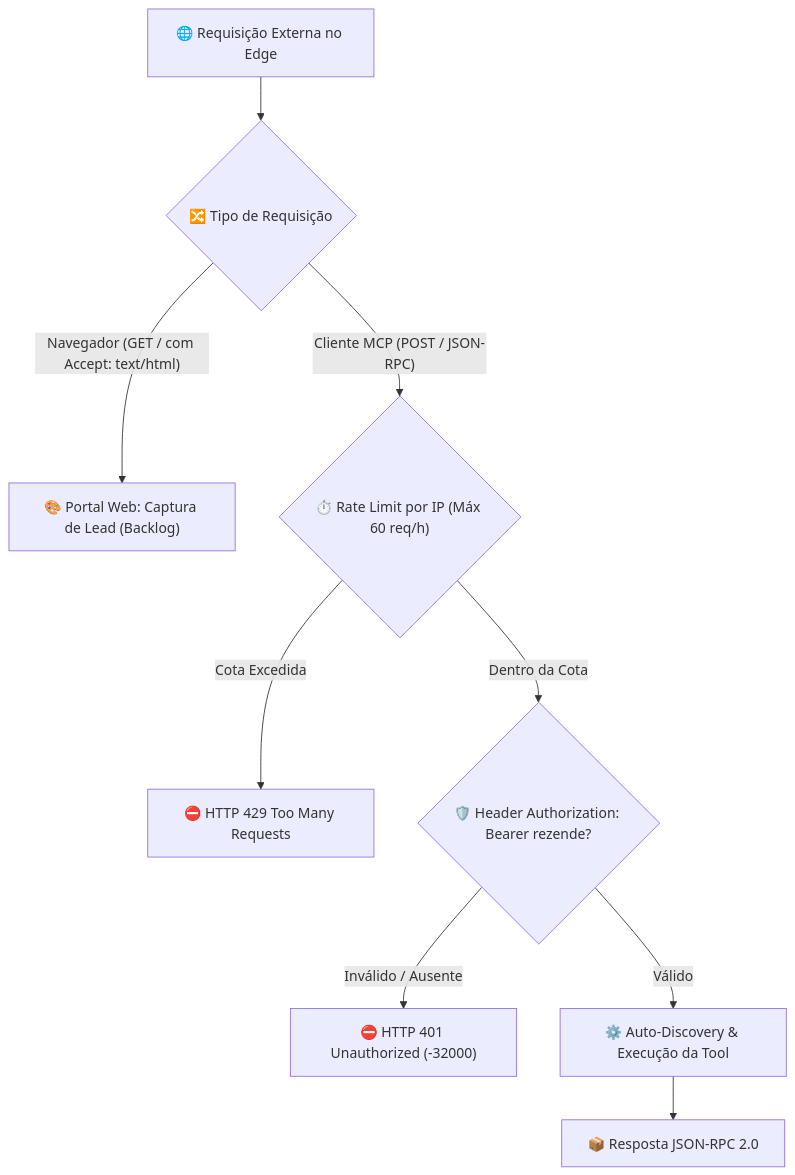
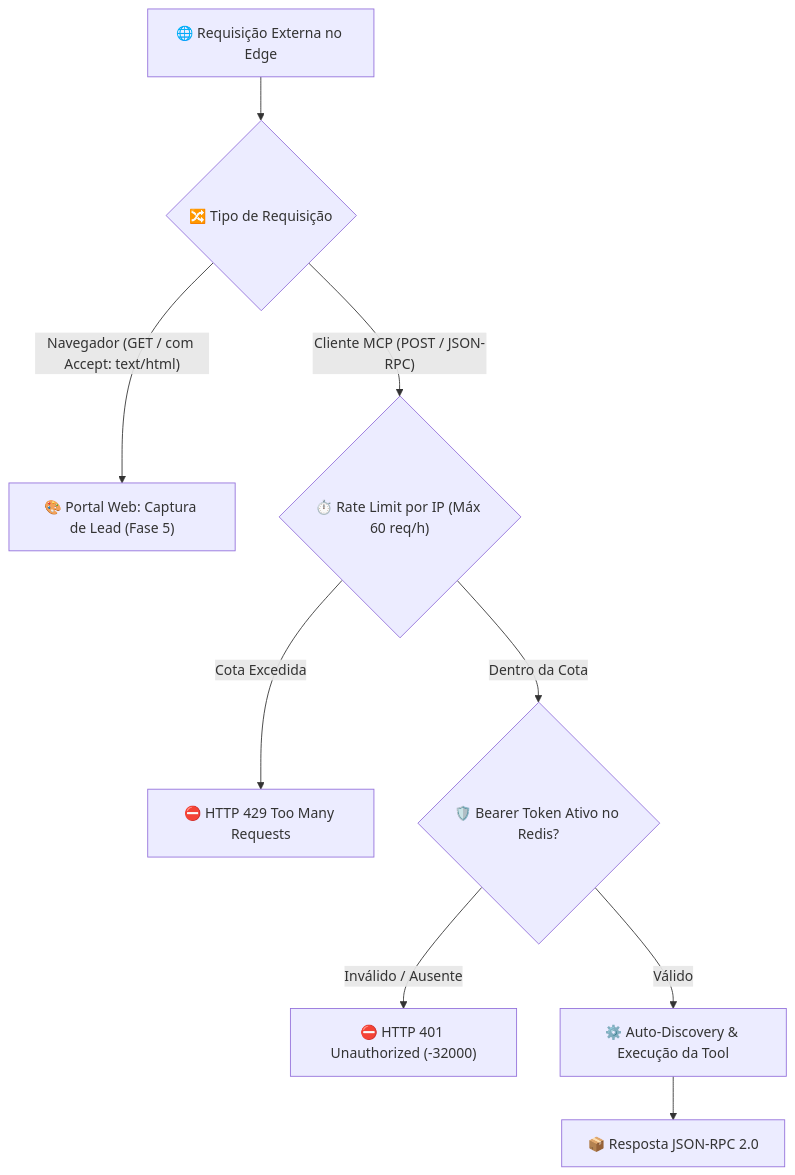
The third of 3 diagrams in docs/mcp-python-fastmcp-plan.md (Eduardo-Rezende-MDK/mcp-server-enterprise-blueprint), drawn with Mermaid before and after one commit. The commit also changed other lines of this file and 34 other files, not shown here.

Commit message:
feat(auth,redis,mail): entrega da Fase 5 com persistência Redis, envio estrito via Gmail e portal web

````diff
--- a/docs/mcp-python-fastmcp-plan.md
+++ b/docs/mcp-python-fastmcp-plan.md
@@ -245,14 +251,14 @@
 ```mermaid
 flowchart TD
     Req["🌐 Requisição Externa no Edge"] --> CheckMethod{"🔀 Tipo de Requisição"}
     
-    CheckMethod -- "Navegador (GET / com Accept: text/html)" --> LandingPage["🎨 Portal Web: Captura de Lead (Backlog)"]
+    CheckMethod -- "Navegador (GET / com Accept: text/html)" --> LandingPage["🎨 Portal Web: Captura de Lead (Fase 5)"]
     
     CheckMethod -- "Cliente MCP (POST / JSON-RPC)" --> CheckRate{"⏱️ Rate Limit por IP (Máx 60 req/h)"}
     CheckRate -- "Cota Excedida" --> Err429["⛔ HTTP 429 Too Many Requests"]
-    CheckRate -- "Dentro da Cota" --> AuthGuard{"🛡️ Header Authorization: Bearer rezende?"}
+    CheckRate -- "Dentro da Cota" --> AuthGuard{"🛡️ Bearer Token Ativo no Redis?"}
     
     AuthGuard -- "Inválido / Ausente" --> Err401["⛔ HTTP 401 Unauthorized (-32000)"]
     AuthGuard -- "Válido" --> Exec["⚙️ Auto-Discovery & Execução da Tool"]
     Exec --> Resp["📦 Resposta JSON-RPC 2.0"]
 ```
````
